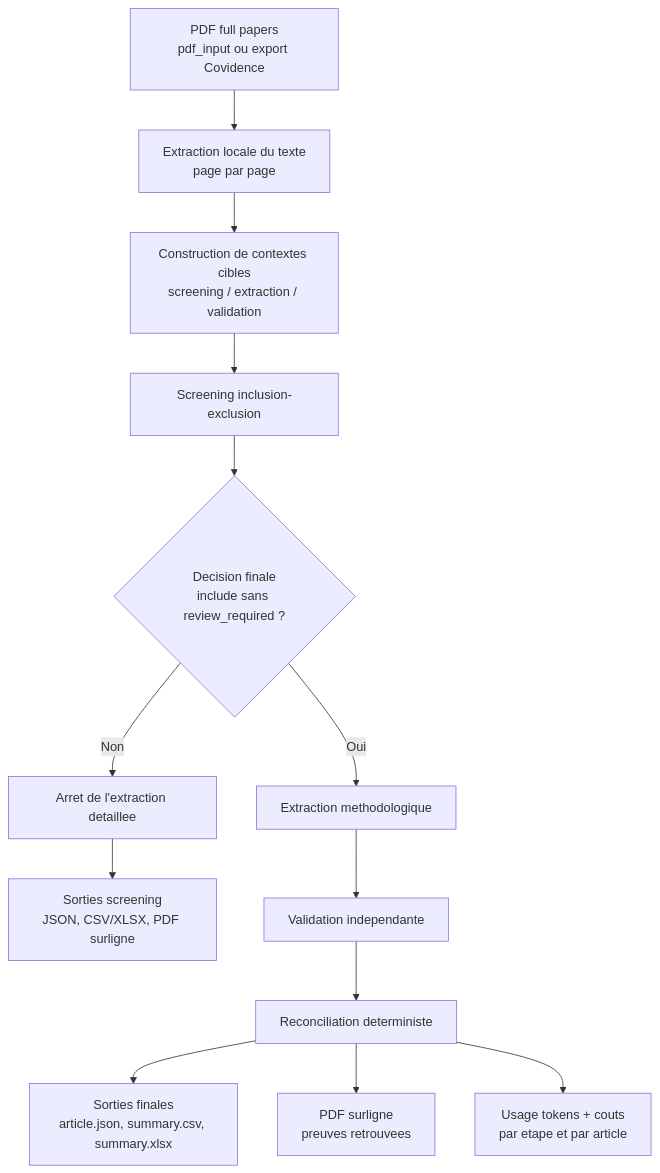
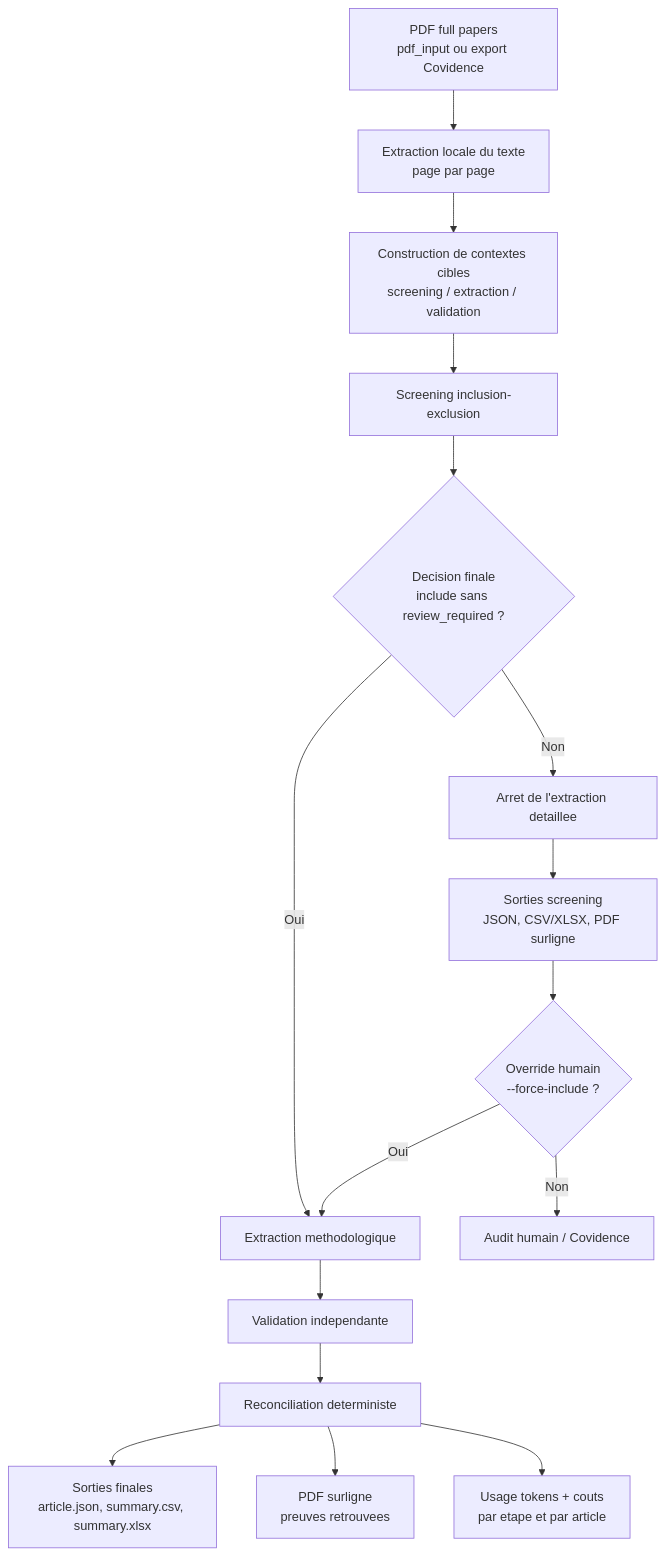
Before and after one commit to mickaelbegon/Review_extraction: the first of 4 diagrams in README.md, drawn with Mermaid. The commit also changed other lines of this file, not shown here.

Commit message:
Document reviewer override workflow

````diff
--- a/README.md
+++ b/README.md
@@ -315,15 +351,18 @@
 ```mermaid
 flowchart TD
     A["PDF full papers<br/>pdf_input ou export Covidence"] --> B["Extraction locale du texte<br/>page par page"]
     B --> C["Construction de contextes cibles<br/>screening / extraction / validation"]
     C --> D["Screening inclusion-exclusion"]
     D --> E{"Decision finale<br/>include sans review_required ?"}
     E -- "Non" --> F["Arret de l'extraction detaillee"]
     F --> G["Sorties screening<br/>JSON, CSV/XLSX, PDF surligne"]
+    G --> Q{"Override humain<br/>--force-include ?"}
+    Q -- "Oui" --> H
+    Q -- "Non" --> R["Audit humain / Covidence"]
     E -- "Oui" --> H["Extraction methodologique"]
     H --> I["Validation independante"]
     I --> J["Reconciliation deterministe"]
     J --> K["Sorties finales<br/>article.json, summary.csv, summary.xlsx"]
     J --> L["PDF surligne<br/>preuves retrouvees"]
     J --> M["Usage tokens + couts<br/>par etape et par article"]
 ```
````
